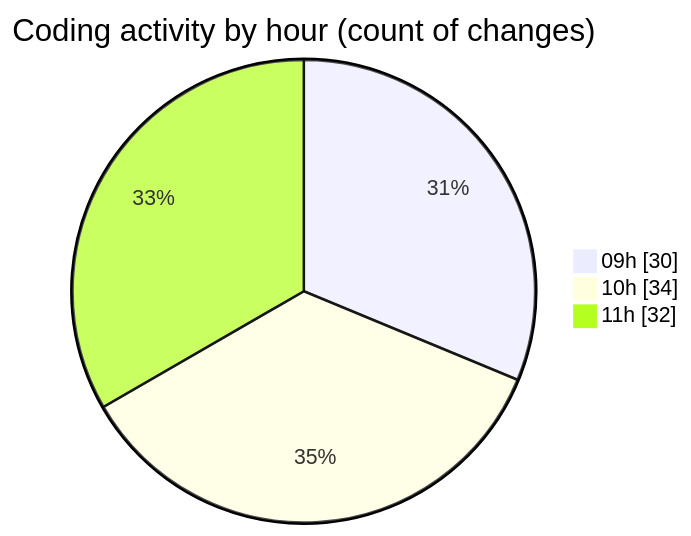
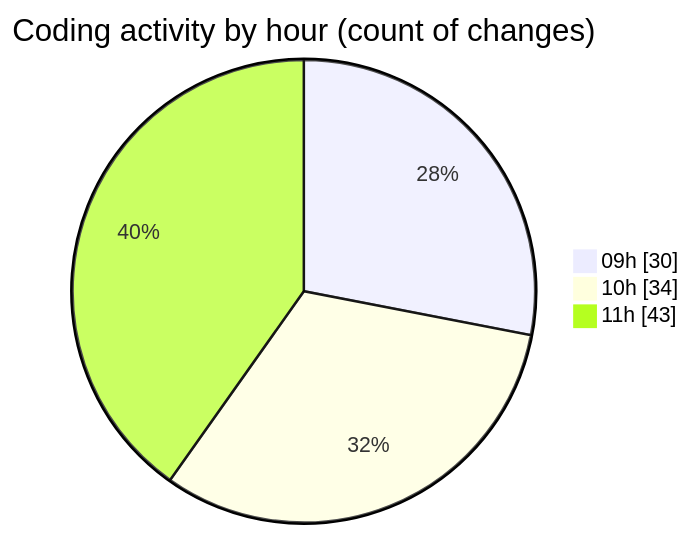
One commit to momahboobian/code-tracking changed the second of 2 diagrams in 2025-04-02/cda/README.md. Above: the diagram before and after it, drawn with Mermaid. The commit also changed other lines of this file and 1 other file, not shown here.

````diff
--- a/2025-04-02/cda/README.md
+++ b/2025-04-02/cda/README.md
@@ -35,7 +36,7 @@
 ```mermaid
 pie showData
 title Coding activity by hour (count of changes)
 "09h" : 30
 "10h" : 34
-"11h" : 32
+"11h" : 43
 ```
````
